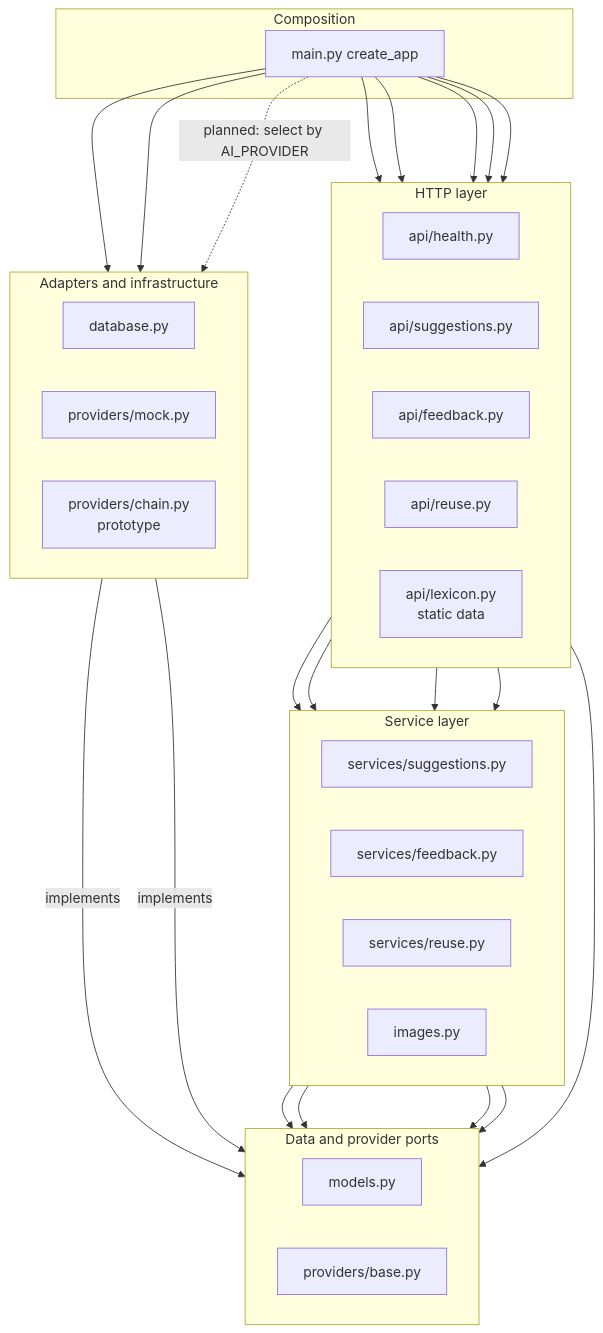
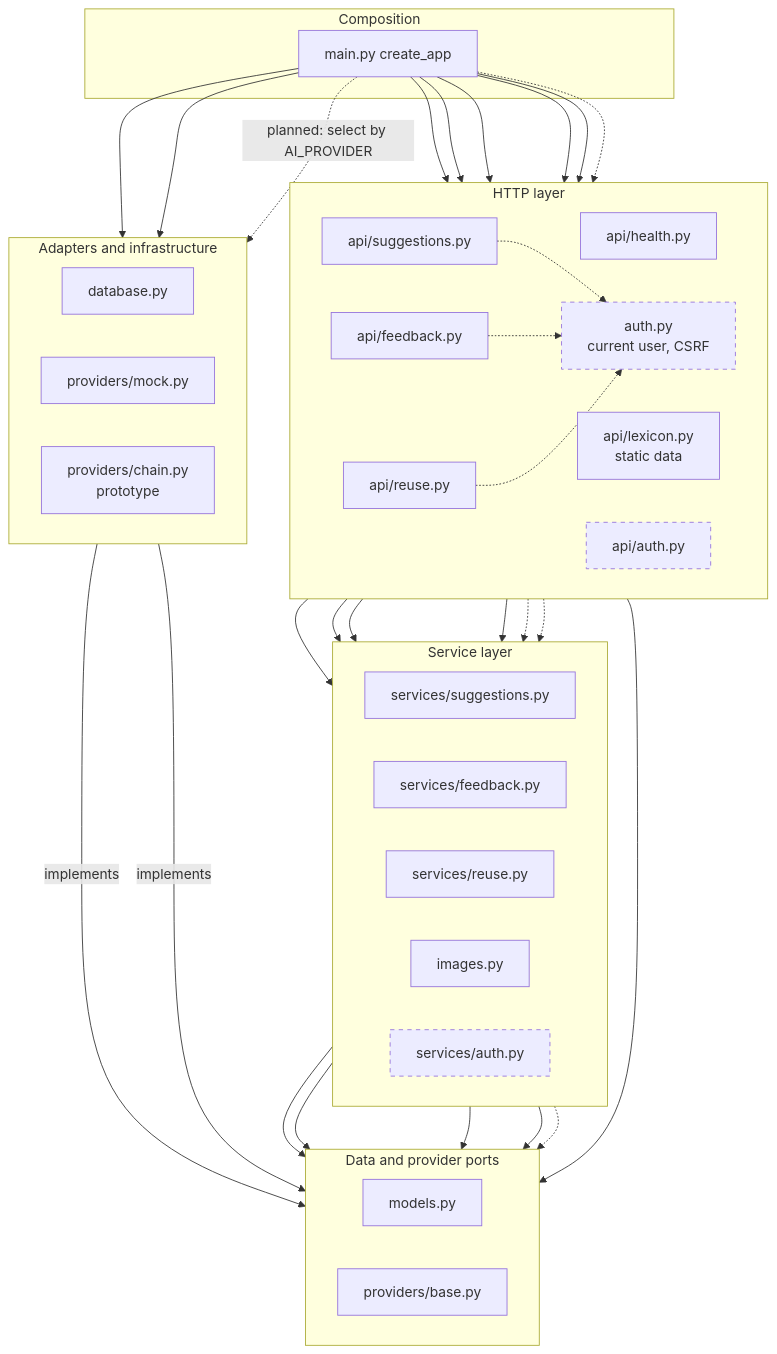
Diagram 15 of 27 in docs/design/SAD_v0.4.md (bhsei/26B), drawn with Mermaid before and after one commit. The commit also changed other lines of this file, not shown here.

Commit message:
W11 - SAD v0.4; authentication of refactor-backend shown dashed after team review (Figures 2, 8, 14, 15, 17, Table 11, D-06), ERD with users, auth_sessions and user_id of migration 0002

````diff
--- a/docs/design/SAD_v0.4.md
+++ b/docs/design/SAD_v0.4.md
@@ -966,47 +980,57 @@
 ```mermaid
 flowchart TB
     subgraph L0["Composition"]
         MAIN["main.py create_app"]
     end
     subgraph L1["HTTP layer"]
         direction LR
         RH["api/health.py"]
         RS["api/suggestions.py"]
         RF["api/feedback.py"]
         RR["api/reuse.py"]
         RLX["api/lexicon.py<br/>static data"]
+        RA["api/auth.py"]
+        AD["auth.py<br/>current user, CSRF"]
     end
     subgraph L2["Service layer"]
         direction LR
         SS["services/suggestions.py"]
         SF["services/feedback.py"]
         SR["services/reuse.py"]
         IMG["images.py"]
+        SA["services/auth.py"]
     end
     subgraph L3["Data and provider ports"]
         direction LR
         MOD["models.py"]
         PB["providers/base.py"]
     end
     subgraph L4["Adapters and infrastructure"]
         direction LR
         DBM["database.py"]
         PM["providers/mock.py"]
         PC["providers/chain.py<br/>prototype"]
     end
     MAIN --> RH & RS & RF & RR & RLX
     MAIN --> DBM
     MAIN --> PM
     MAIN -. "planned: select by AI_PROVIDER" .-> PC
     RS --> SS
     RS --> IMG
     RF --> SF
     RR --> SR
     RH --> MOD
     SS --> MOD
     SS --> PB
     SF --> MOD
     SR --> MOD
     PM -- "implements" --> PB
     PC -- "implements" --> PB
+    MAIN -.-> RA
+    RA -.-> SA
+    RS & RF & RR -.-> AD
+    AD -.-> SA
+    SA -.-> MOD
+    classDef branch stroke-dasharray: 5 5
+    class RA,AD,SA branch
 ```
````
